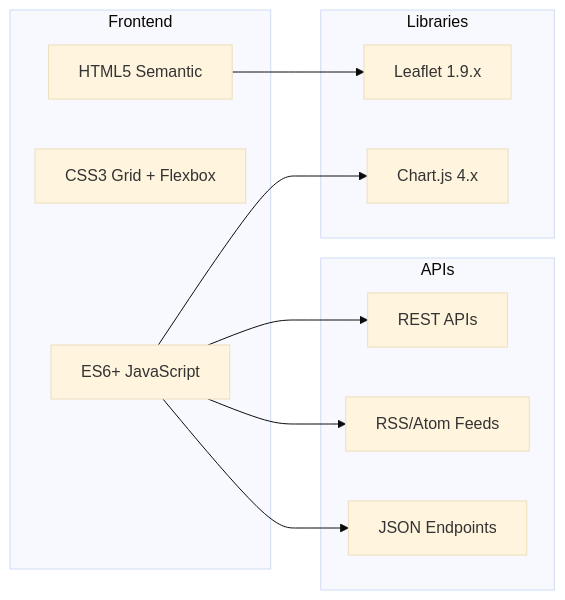
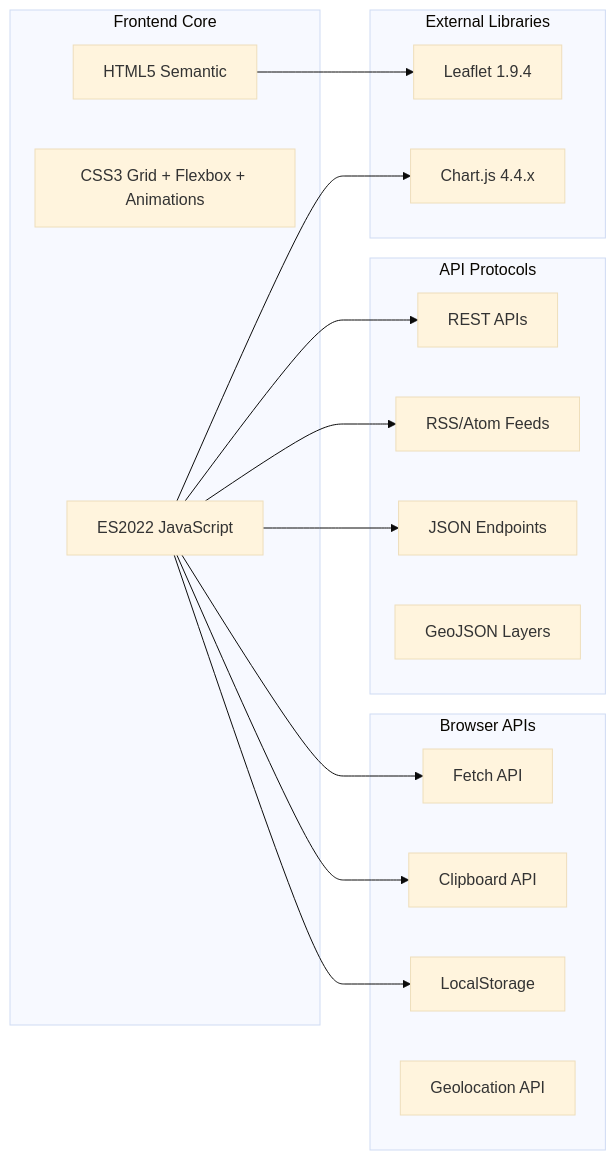
Before and after one commit to DOMINUSBABEL/colombia-live-monitor: the third of 15 diagrams in README.md, drawn with Mermaid (base theme). The commit also changed other lines of this file, not shown here.

Commit message:
docs: Expand README 400%+ with Political Intel docs, algorithms, Mermaid diagrams, and v6.0 features

````diff
--- a/README.md
+++ b/README.md
@@ -98,23 +184,32 @@
 ```mermaid
 graph LR
-    subgraph Frontend
+    subgraph "Frontend Core"
         HTML5[HTML5 Semantic]
-        CSS3[CSS3 Grid + Flexbox]
-        JS[ES6+ JavaScript]
+        CSS3[CSS3 Grid + Flexbox + Animations]
+        JS[ES2022 JavaScript]
     end
     
-    subgraph Libraries
-        Leaflet[Leaflet 1.9.x]
-        ChartJS[Chart.js 4.x]
+    subgraph "External Libraries"
+        Leaflet[Leaflet 1.9.4]
+        ChartJS[Chart.js 4.4.x]
     end
     
-    subgraph APIs
+    subgraph "API Protocols"
         REST[REST APIs]
         RSS[RSS/Atom Feeds]
         JSON[JSON Endpoints]
+        GeoJSON[GeoJSON Layers]
+    end
+    
+    subgraph "Browser APIs"
+        Fetch[Fetch API]
+        Clipboard[Clipboard API]
+        Storage[LocalStorage]
+        Geolocation[Geolocation API]
     end
     
     HTML5 --> Leaflet
     JS --> ChartJS
     JS --> REST & RSS & JSON
+    JS --> Fetch & Clipboard & Storage
 ```
````
